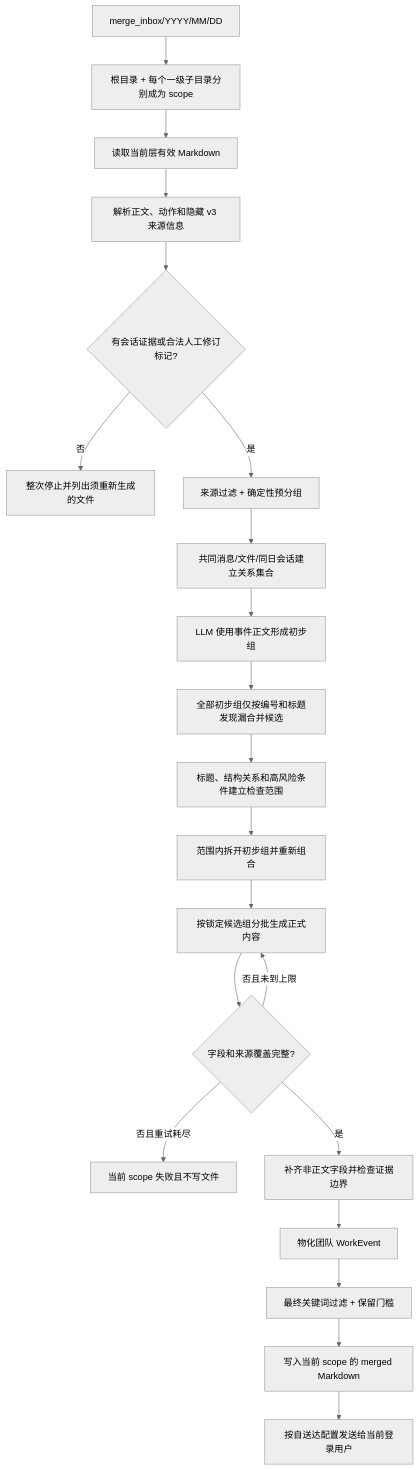
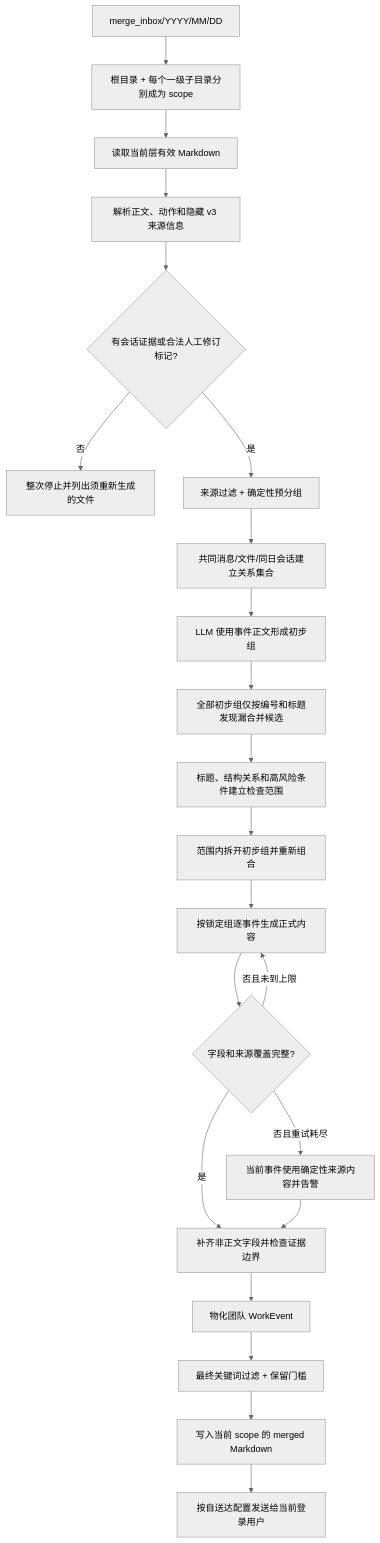
The third of 3 diagrams in README.md (sunweisheng/WorkTrace), drawn with Mermaid (neutral theme) before and after one commit. The commit also changed other lines of this file and 27 other files, not shown here.

````diff
--- a/README.md
+++ b/README.md
@@ -284,23 +284,24 @@
 ```mermaid
 flowchart TD
     A["merge_inbox/YYYY/MM/DD"] --> B["根目录 + 每个一级子目录分别成为 scope"]
     B --> C["读取当前层有效 Markdown"]
     C --> D["解析正文、动作和隐藏 v3 来源信息"]
     D --> E{"有会话证据或合法人工修订标记?"}
     E -->|"否"| X["整次停止并列出须重新生成的文件"]
     E -->|"是"| F["来源过滤 + 确定性预分组"]
     F --> G["共同消息/文件/同日会话建立关系集合"]
     G --> H["LLM 使用事件正文形成初步组"]
     H --> H1["全部初步组仅按编号和标题发现漏合并候选"]
     H1 --> R["标题、结构关系和高风险条件建立检查范围"]
     R --> V["范围内拆开初步组并重新组合"]
-    V --> I["按锁定候选组分批生成正式内容"]
+    V --> I["按锁定组逐事件生成正式内容"]
     I --> J{"字段和来源覆盖完整?"}
     J -->|"否且未到上限"| I
-    J -->|"否且重试耗尽"| Y["当前 scope 失败且不写文件"]
+    J -->|"否且重试耗尽"| Y["当前事件使用确定性来源内容并告警"]
     J -->|"是"| K["补齐非正文字段并检查证据边界"]
+    Y --> K
     K --> L["物化团队 WorkEvent"]
     L --> M["最终关键词过滤 + 保留门槛"]
     M --> N["写入当前 scope 的 merged Markdown"]
     N --> O["按自送达配置发送给当前登录用户"]
 ```
````
